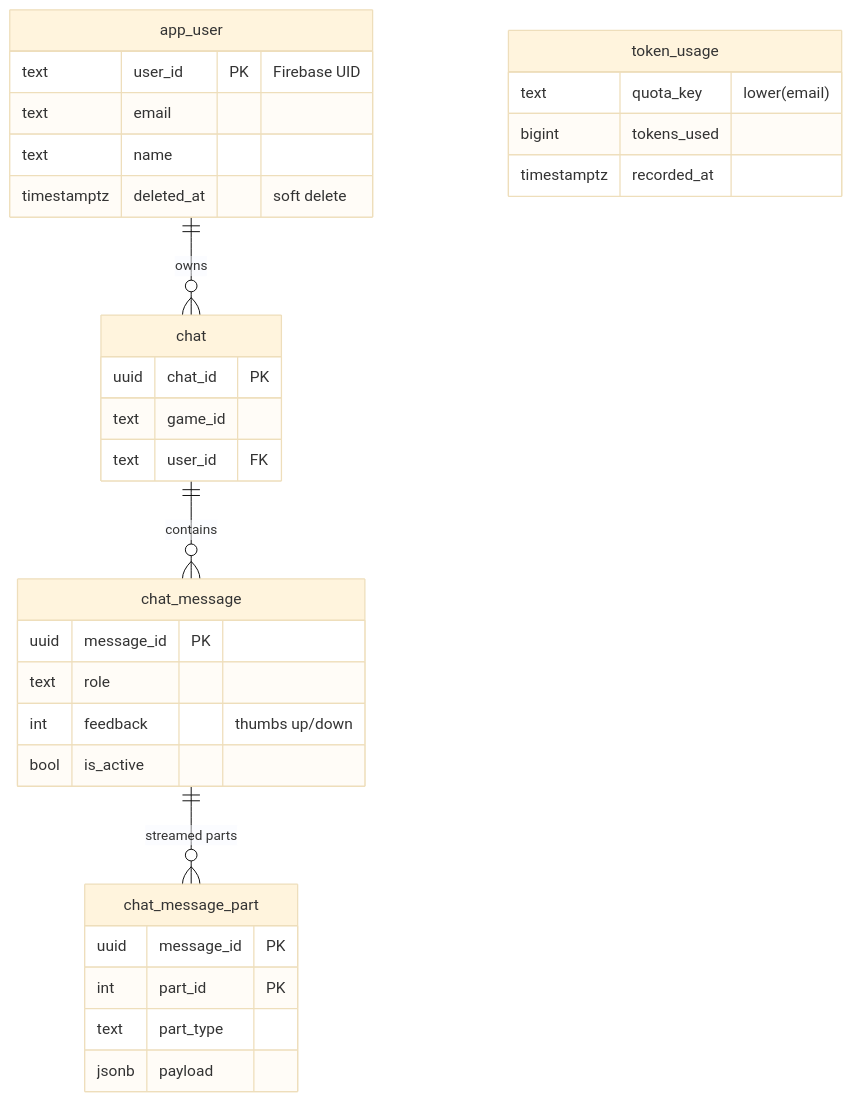
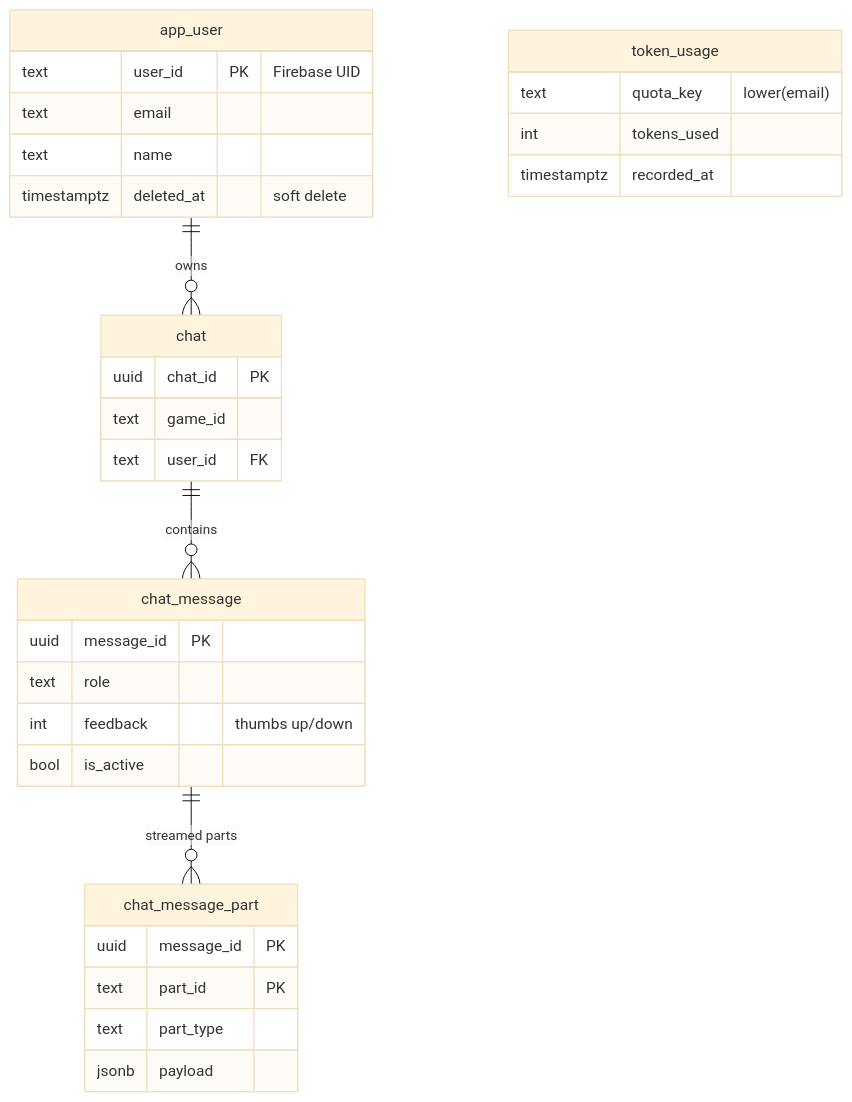
The fifth of 5 diagrams in README.md (johntrimble/meeplemate), drawn with Mermaid (base theme) before and after one commit. The commit also changed other lines of this file and 7 other files, not shown here.

````diff
--- a/README.md
+++ b/README.md
@@ -218,34 +218,34 @@
 ```mermaid
 erDiagram
     app_user ||--o{ chat : owns
     chat ||--o{ chat_message : contains
     chat_message ||--o{ chat_message_part : "streamed parts"
     app_user {
         text user_id PK "Firebase UID"
         text email
         text name
         timestamptz deleted_at "soft delete"
     }
     chat {
         uuid chat_id PK
         text game_id
         text user_id FK
     }
     chat_message {
         uuid message_id PK
         text role
         int feedback "thumbs up/down"
         bool is_active
     }
     chat_message_part {
         uuid message_id PK
-        int part_id PK
+        text part_id PK
         text part_type
         jsonb payload
     }
     token_usage {
         text quota_key "lower(email)"
-        bigint tokens_used
+        int tokens_used
         timestamptz recorded_at
     }
 ```
````
